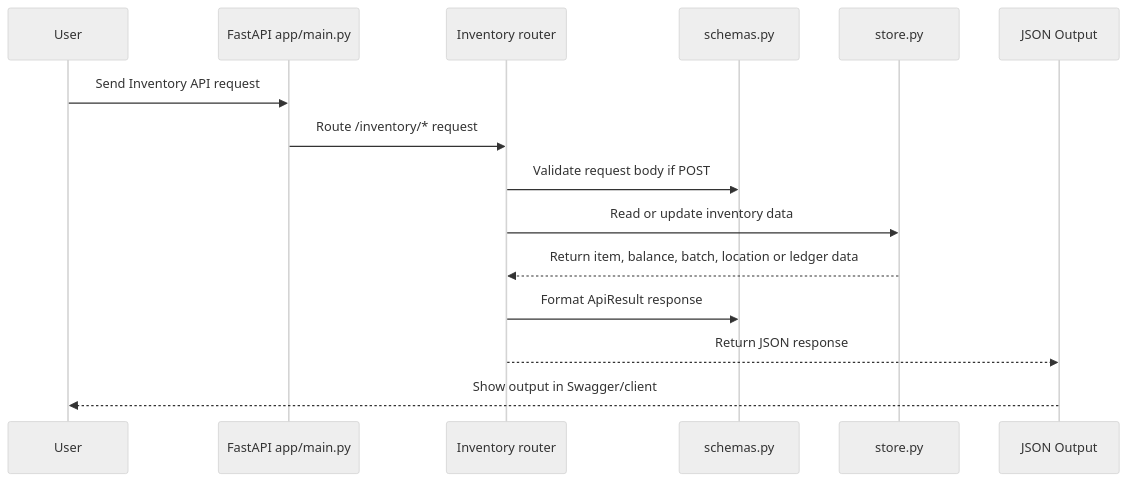
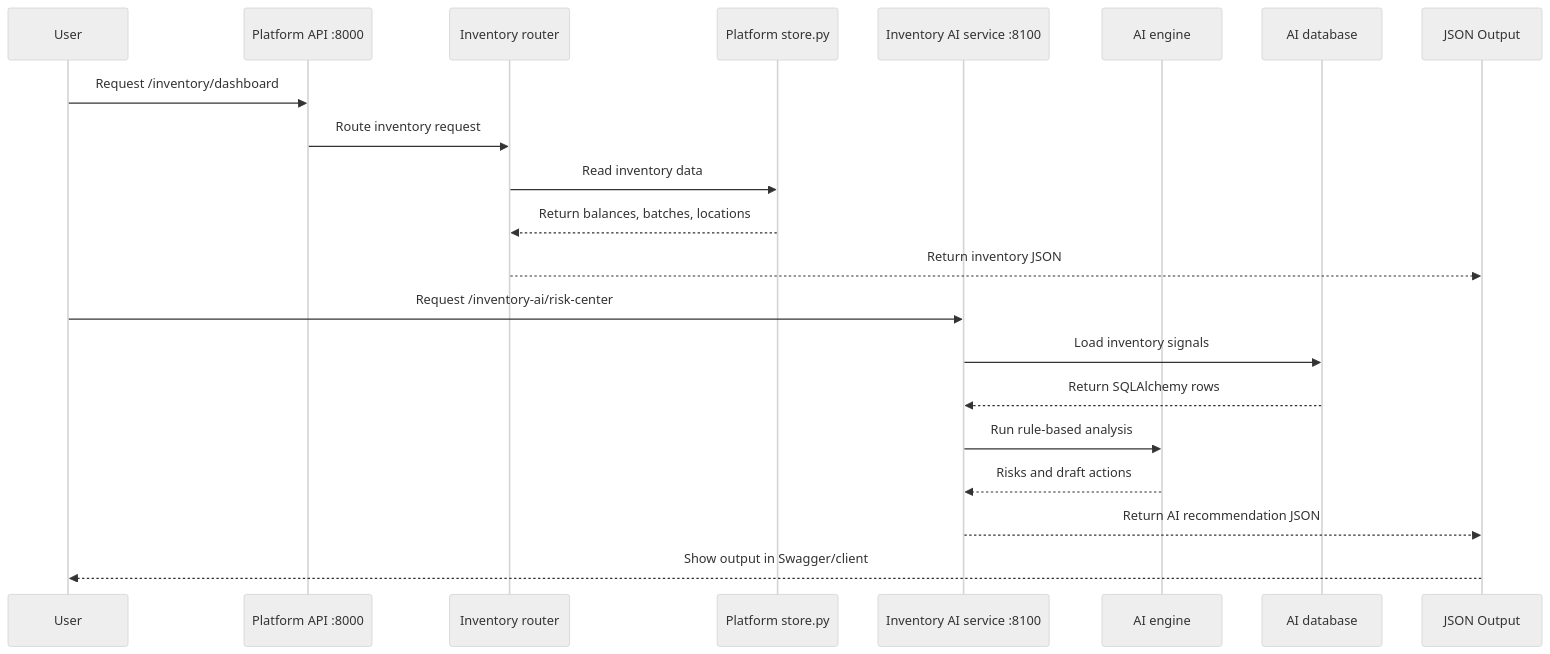
Before and after one commit to vinodreddy1999/manufacturing-operations-platform: the fourth of 4 diagrams in docs/end-to-end-scheme.md, drawn with Mermaid (neutral theme). The commit also changed other lines of this file, not shown here.

Commit message:
Update scheme for inventory AI service

````diff
--- a/docs/end-to-end-scheme.md
+++ b/docs/end-to-end-scheme.md
@@ -118,18 +169,25 @@
 ```mermaid
 sequenceDiagram
     participant U as User
-    participant F as FastAPI app/main.py
+    participant P as Platform API :8000
     participant I as Inventory router
-    participant S as schemas.py
-    participant D as store.py
+    participant S as Platform store.py
+    participant A as Inventory AI service :8100
+    participant E as AI engine
+    participant D as AI database
     participant O as JSON Output
 
-    U->>F: Send Inventory API request
-    F->>I: Route /inventory/* request
-    I->>S: Validate request body if POST
-    I->>D: Read or update inventory data
-    D-->>I: Return item, balance, batch, location or ledger data
-    I->>S: Format ApiResult response
-    I-->>O: Return JSON response
+    U->>P: Request /inventory/dashboard
+    P->>I: Route inventory request
+    I->>S: Read inventory data
+    S-->>I: Return balances, batches, locations
+    I-->>O: Return inventory JSON
+
+    U->>A: Request /inventory-ai/risk-center
+    A->>D: Load inventory signals
+    D-->>A: Return SQLAlchemy rows
+    A->>E: Run rule-based analysis
+    E-->>A: Risks and draft actions
+    A-->>O: Return AI recommendation JSON
     O-->>U: Show output in Swagger/client
 ```
````
